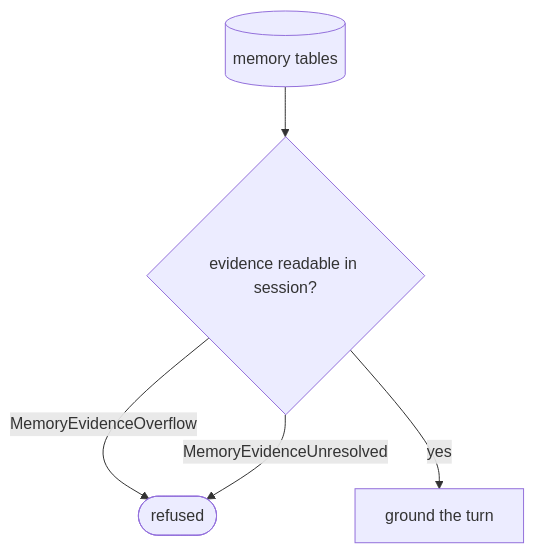
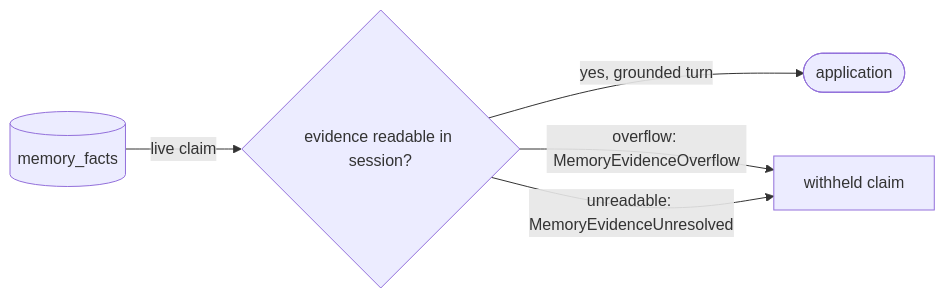
One commit to fractalboxdev/contextful changed the third of 4 diagrams in spec/21-memory.md. Above: the diagram before and after it, drawn with Mermaid. The commit also changed other lines of this file and 16 other files, not shown here.

First line of the commit message:
spec: diagram rules for nodes, edges, decisions, layout, sequences and states

````diff
--- a/spec/21-memory.md
+++ b/spec/21-memory.md
@@ -128,7 +118,7 @@
 ```mermaid
-flowchart TD
-  M[("memory tables")] --> EV{"evidence readable in session?"}
-  EV -- "MemoryEvidenceOverflow" --> NO(["refused"])
-  EV -- "MemoryEvidenceUnresolved" --> NO
-  EV -- "yes" --> INJ["ground the turn"]
+flowchart LR
+  FACTS[("memory_facts")] -->|"live claim"| EV{"evidence readable in session?"}
+  EV -->|"yes, grounded turn"| APP(["application"])
+  EV -->|"overflow: MemoryEvidenceOverflow"| HELD["withheld claim"]
+  EV -->|"unreadable: MemoryEvidenceUnresolved"| HELD
 ```
````
